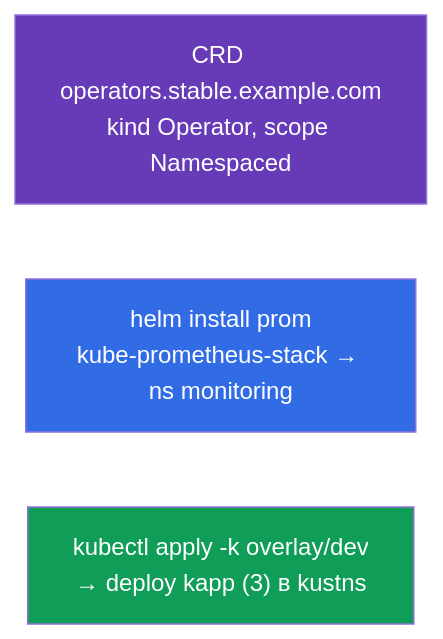
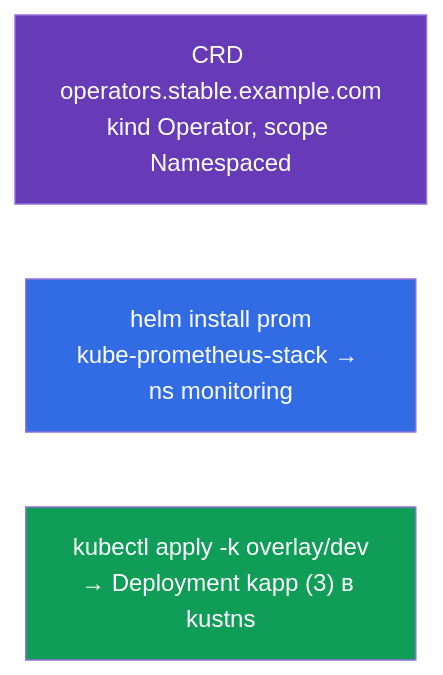
Before and after one commit to ViktorUJ/cks: the diagram in tasks/cka/labs/115/README_RU.MD, drawn with Mermaid. The commit also changed other lines of this file and 36 other files, not shown here.

````diff
--- a/tasks/cka/labs/115/README_RU.MD
+++ b/tasks/cka/labs/115/README_RU.MD
@@ -29,9 +35,11 @@
 ```mermaid
-flowchart LR
+flowchart TB
     crd["CRD operators.stable.example.com<br>kind Operator, scope Namespaced"]
     helm["helm install prom<br>kube-prometheus-stack → ns monitoring"]
-    kust["kubectl apply -k overlay/dev<br>→ deploy kapp (3) в kustns"]
+    kust["kubectl apply -k overlay/dev<br>→ Deployment kapp (3) в kustns"]
+    crd ~~~ helm
+    helm ~~~ kust
     style crd fill:#673ab7,color:#fff
     style helm fill:#326ce5,color:#fff
     style kust fill:#0f9d58,color:#fff
 ```
````
